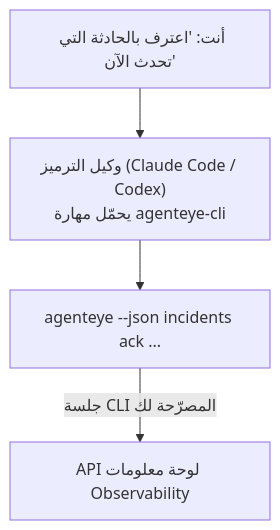
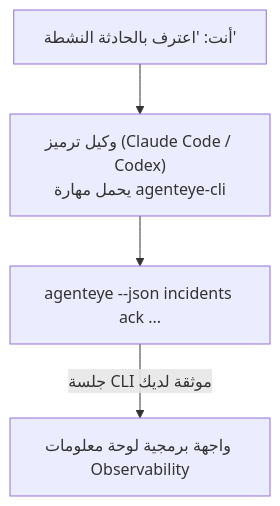
Before and after one commit to FailproofAI/failproofai: the diagram in docs/ar/agenteye/cli-skill.mdx, drawn with Mermaid. The commit also changed other lines of this file and 649 other files, not shown here.

````diff
--- a/docs/ar/agenteye/cli-skill.mdx
+++ b/docs/ar/agenteye/cli-skill.mdx
@@ -28,6 +29,6 @@
 ```mermaid
 flowchart TD
-    YOU["أنت: 'اعترف بالحادثة التي تحدث الآن'"] --> AGENT["وكيل الترميز (Claude Code / Codex)<br/>يحمّل مهارة agenteye-cli"]
+    YOU["أنت: 'اعترف بالحادثة النشطة'"] --> AGENT["وكيل ترميز (Claude Code / Codex)<br/>يحمل مهارة agenteye-cli"]
     AGENT --> CLI["agenteye --json incidents ack ..."]
-    CLI -->|جلسة CLI المصرّحة لك| API["API لوحة معلومات Observability"]
+    CLI -->|جلسة CLI موثقة لديك| API["واجهة برمجية لوحة معلومات Observability"]
 ```
````
